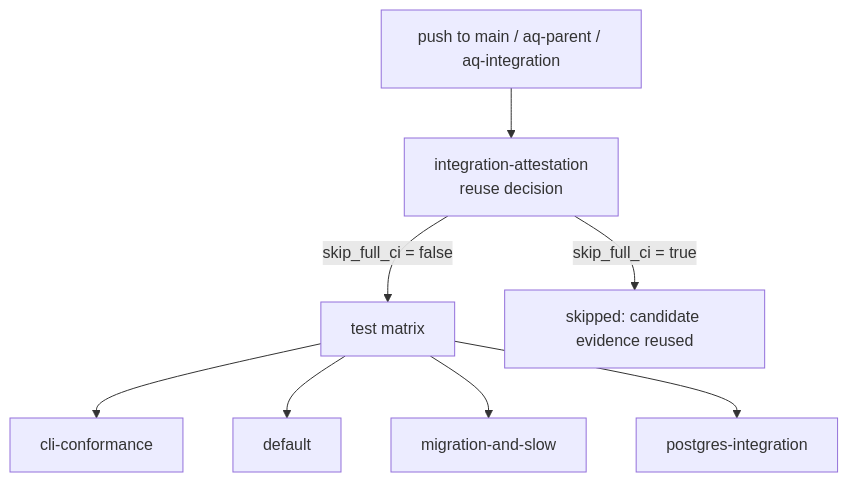
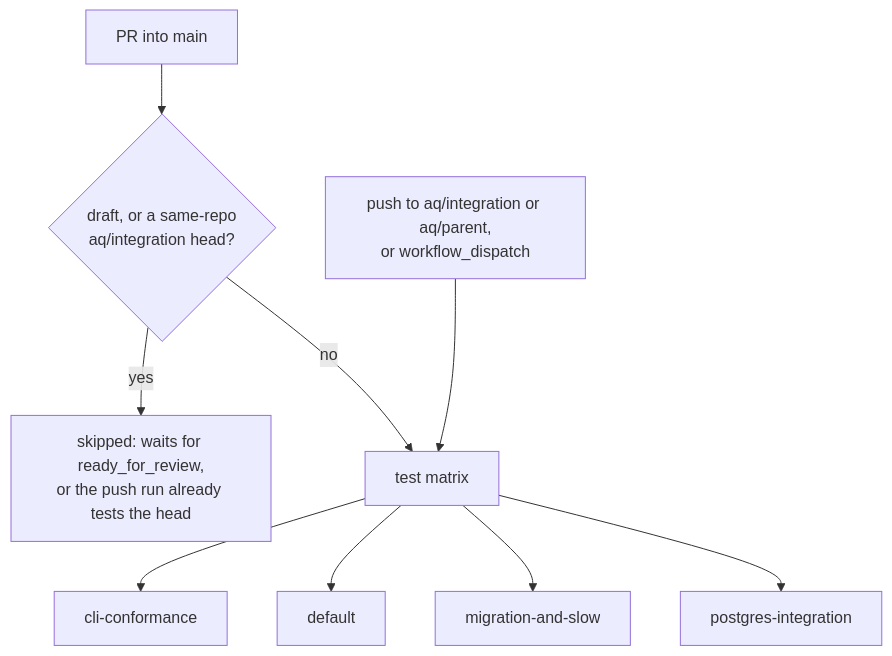
Before and after one commit to ElectricJack/agent-queue: the diagram in docs/contributing/ci.md, drawn with Mermaid. The commit also changed other lines of this file and 11 other files, not shown here.

````diff
--- a/docs/contributing/ci.md
+++ b/docs/contributing/ci.md
@@ -46,10 +49,11 @@
 ```mermaid
 flowchart TD
-    A[push to main / aq-parent / aq-integration] --> B[integration-attestation<br/>reuse decision]
-    B -->|skip_full_ci = false| C[test matrix]
-    B -->|skip_full_ci = true| D[skipped: candidate evidence reused]
+    A[PR into main] --> S{draft, or a same-repo<br/>aq/integration head?}
+    S -->|yes| D[skipped: waits for ready_for_review,<br/>or the push run already tests the head]
+    S -->|no| C[test matrix]
+    B[push to aq/integration or aq/parent,<br/>or workflow_dispatch] --> C
     C --> E[cli-conformance]
     C --> F[default]
     C --> G[migration-and-slow]
     C --> H[postgres-integration]
 ```
````
